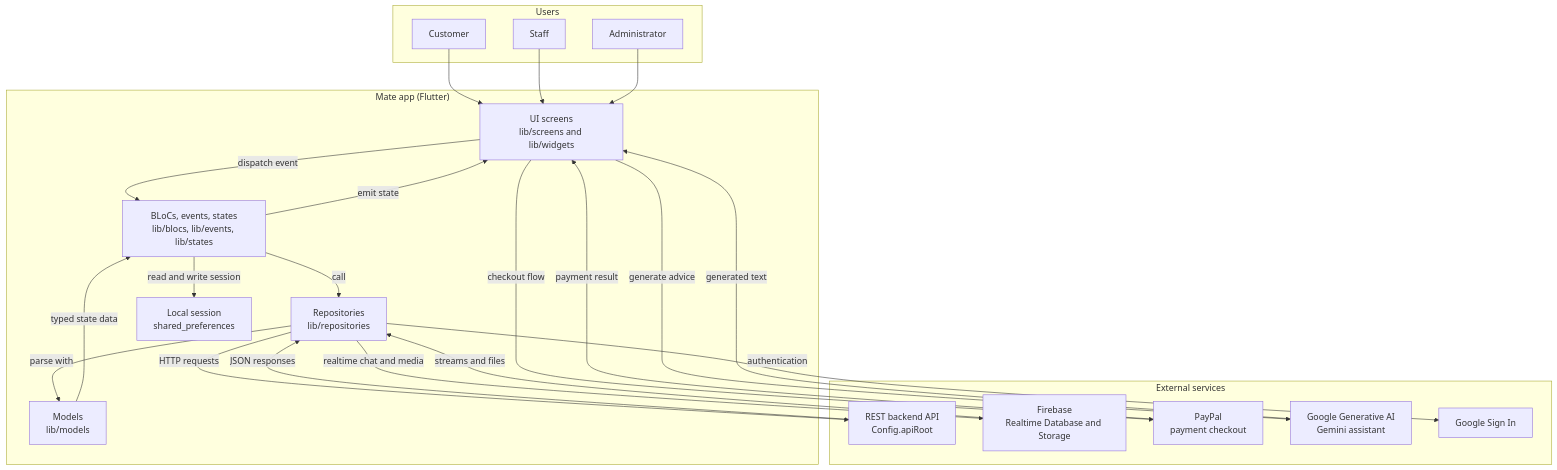
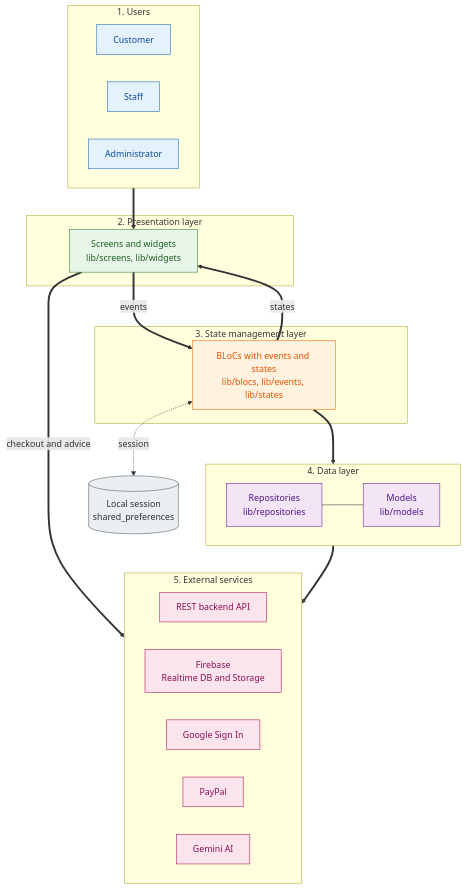
The diagram in README.md (kacytran1122/mate-mobile), drawn with Mermaid before and after one commit. The commit also changed other lines of this file, not shown here.

Commit message:
Clarify architecture flowchart with layered top down layout

````diff
--- a/README.md
+++ b/README.md
@@ -170,47 +170,57 @@
 ```mermaid
 flowchart TD
-    subgraph Users
+    subgraph L1["1. Users"]
+        direction LR
         C[Customer]
         S[Staff]
         A[Administrator]
     end
 
-    subgraph App["Mate app (Flutter)"]
-        UI["UI screens<br/>lib/screens and lib/widgets"]
-        BLOC["BLoCs, events, states<br/>lib/blocs, lib/events, lib/states"]
+    subgraph L2["2. Presentation layer"]
+        UI["Screens and widgets<br/>lib/screens, lib/widgets"]
+    end
+
+    subgraph L3["3. State management layer"]
+        BLOC["BLoCs with events and states<br/>lib/blocs, lib/events, lib/states"]
+    end
+
+    subgraph L4["4. Data layer"]
+        direction LR
         REPO["Repositories<br/>lib/repositories"]
         MODEL["Models<br/>lib/models"]
-        LOCAL["Local session<br/>shared_preferences"]
     end
 
-    subgraph External["External services"]
-        API["REST backend API<br/>Config.apiRoot"]
-        FB["Firebase<br/>Realtime Database and Storage"]
-        PAY["PayPal<br/>payment checkout"]
-        GAI["Google Generative AI<br/>Gemini assistant"]
+    subgraph L5["5. External services"]
+        direction LR
+        API["REST backend API"]
+        FB["Firebase<br/>Realtime DB and Storage"]
         GSI["Google Sign In"]
+        PAY["PayPal"]
+        GAI["Gemini AI"]
     end
 
-    C --> UI
-    S --> UI
-    A --> UI
+    LOCAL[("Local session<br/>shared_preferences")]
 
-    UI -- dispatch event --> BLOC
-    BLOC -- emit state --> UI
-    BLOC -- call --> REPO
-    REPO -- parse with --> MODEL
-    MODEL -- typed state data --> BLOC
+    L1 ==> UI
+    UI == events ==> BLOC
+    BLOC == states ==> UI
+    BLOC ==> REPO
+    REPO --- MODEL
+    REPO ==> L5
+    UI == checkout and advice ==> L5
+    BLOC <-. session .-> LOCAL
 
-    REPO -- HTTP requests --> API
-    REPO -- realtime chat and media --> FB
-    REPO -- authentication --> GSI
-    UI -- checkout flow --> PAY
-    UI -- generate advice --> GAI
+    classDef users fill:#E3F2FD,stroke:#1565C0,color:#0D47A1;
+    classDef ui fill:#E8F5E9,stroke:#2E7D32,color:#1B5E20;
+    classDef state fill:#FFF3E0,stroke:#EF6C00,color:#E65100;
+    classDef data fill:#F3E5F5,stroke:#6A1B9A,color:#4A148C;
+    classDef ext fill:#FCE4EC,stroke:#AD1457,color:#880E4F;
+    classDef store fill:#ECEFF1,stroke:#455A64,color:#263238;
 
-    BLOC -- read and write session --> LOCAL
-
-    API -- JSON responses --> REPO
-    FB -- streams and files --> REPO
-    PAY -- payment result --> UI
-    GAI -- generated text --> UI
+    class C,S,A users;
+    class UI ui;
+    class BLOC state;
+    class REPO,MODEL data;
+    class API,FB,GSI,PAY,GAI ext;
+    class LOCAL store;
 ```
````
